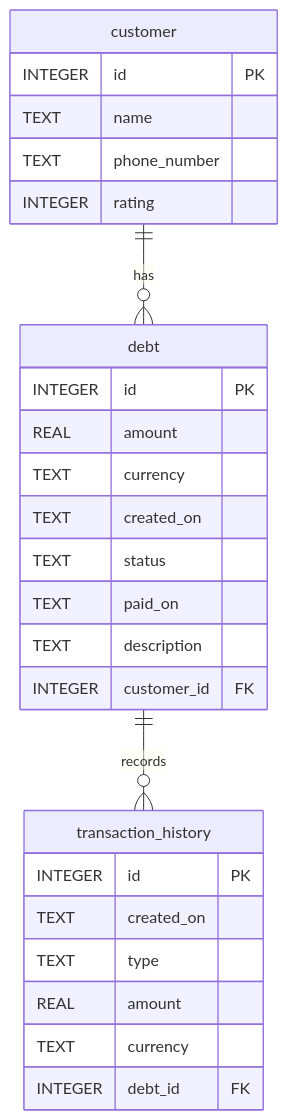
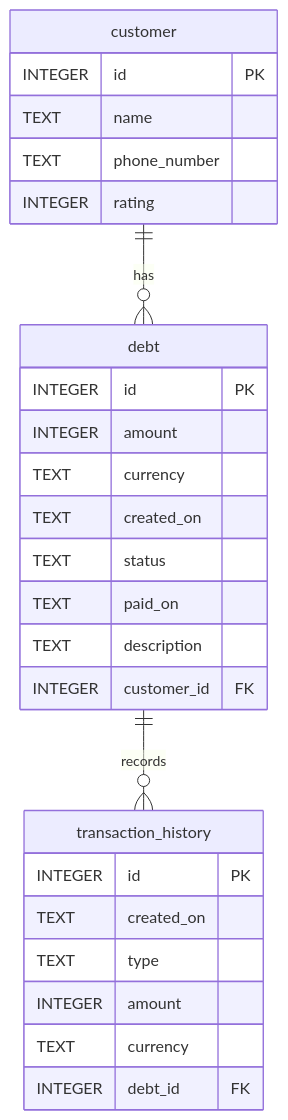
The diagram in README.md (rama-alm/debtmanager), drawn with Mermaid before and after one commit. The commit also changed 19 other files, not shown here.

````diff
--- a/README.md
+++ b/README.md
@@ -30,35 +30,35 @@
 ```mermaid
 
 erDiagram
     customer {
         INTEGER id PK
         TEXT name
         TEXT phone_number
         INTEGER rating
     }
 
     debt {
         INTEGER id PK
-        REAL amount 
+        INTEGER amount 
         TEXT currency       
         TEXT created_on
         TEXT status
         TEXT paid_on
         TEXT description
         INTEGER customer_id FK
     }
 
     transaction_history {
         INTEGER id PK
         TEXT created_on
         TEXT type
-        REAL amount 
+        INTEGER amount 
        TEXT currency
        INTEGER debt_id FK
     }
 
     customer ||--o{ debt : has
     debt ||--o{ transaction_history : records
 
 
 ```
````
